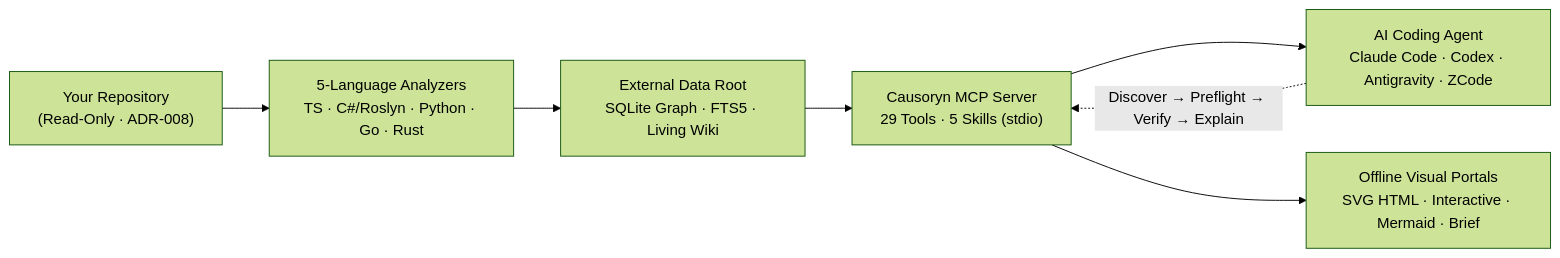
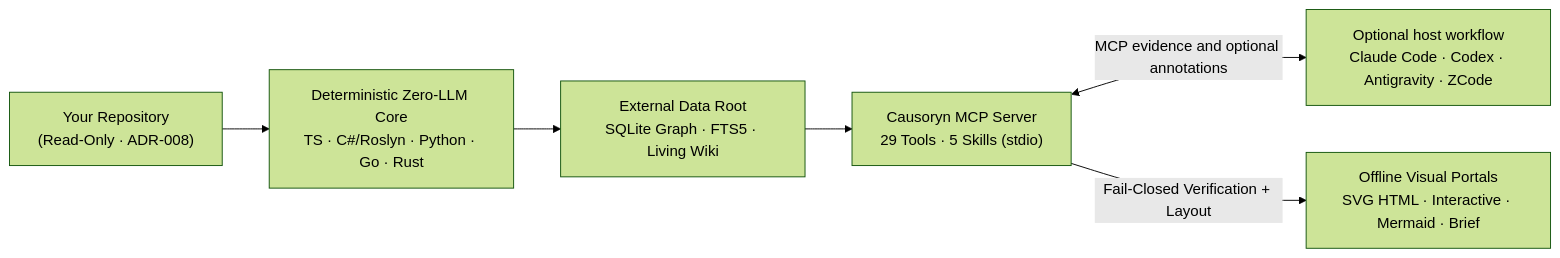
The diagram in README.md (MrBekoX/Causoryn), drawn with Mermaid (forest theme) before and after one commit. The commit also changed other lines of this file and 45 other files, not shown here.

````diff
--- a/README.md
+++ b/README.md
@@ -32,9 +32,8 @@
 ```mermaid
 flowchart LR
-  WS["Your Repository<br/>(Read-Only · ADR-008)"] --> AN["5-Language Analyzers<br/>TS · C#/Roslyn · Python · Go · Rust"]
+  WS["Your Repository<br/>(Read-Only · ADR-008)"] --> AN["Deterministic Zero-LLM Core<br/>TS · C#/Roslyn · Python · Go · Rust"]
   AN --> DB["External Data Root<br/>SQLite Graph · FTS5 · Living Wiki"]
   DB --> MCP["Causoryn MCP Server<br/>29 Tools · 5 Skills (stdio)"]
-  MCP --> AGENT["AI Coding Agent<br/>Claude Code · Codex · Antigravity · ZCode"]
-  MCP --> PORTAL["Offline Visual Portals<br/>SVG HTML · Interactive · Mermaid · Brief"]
-  AGENT -. "Discover → Preflight → Verify → Explain" .-> MCP
+  MCP <-->|"MCP evidence and optional annotations"| AGENT["Optional host workflow<br/>Claude Code · Codex · Antigravity · ZCode"]
+  MCP -->|"Fail-Closed Verification + Layout"| PORTAL["Offline Visual Portals<br/>SVG HTML · Interactive · Mermaid · Brief"]
 ```
````
